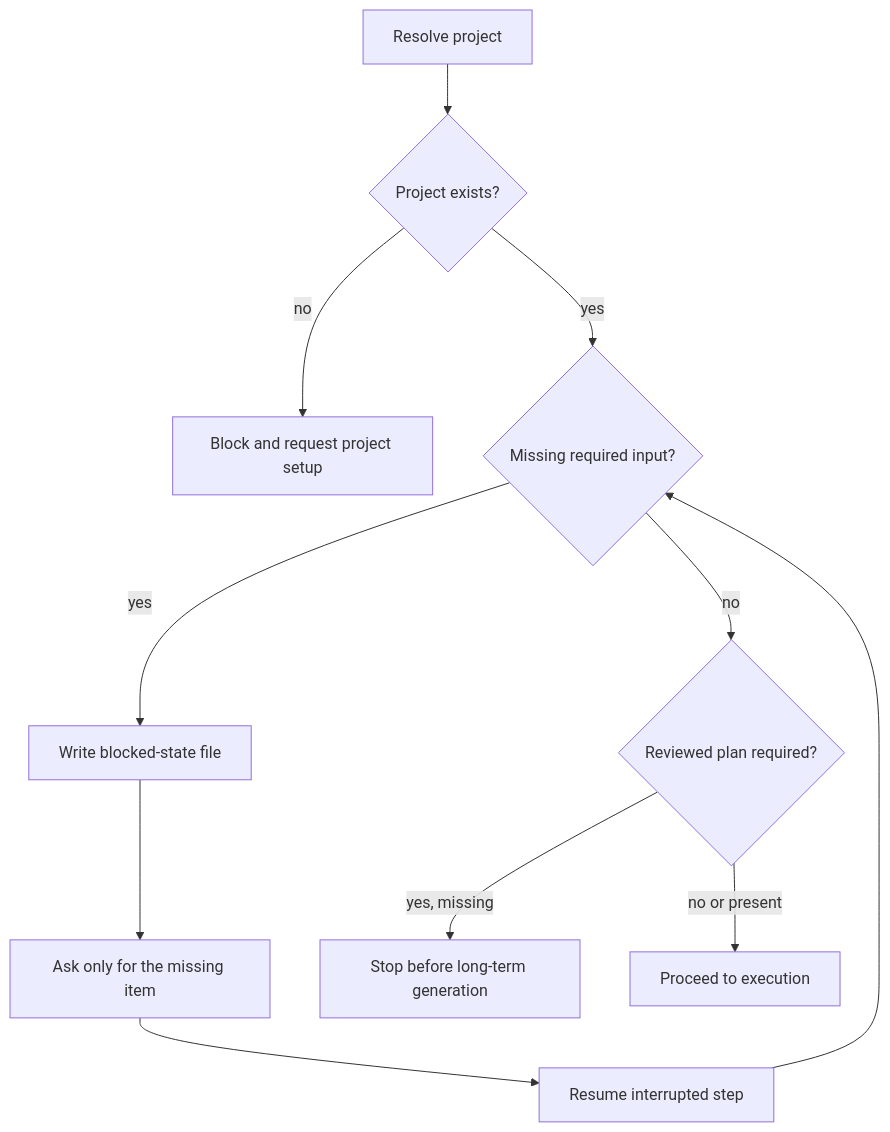
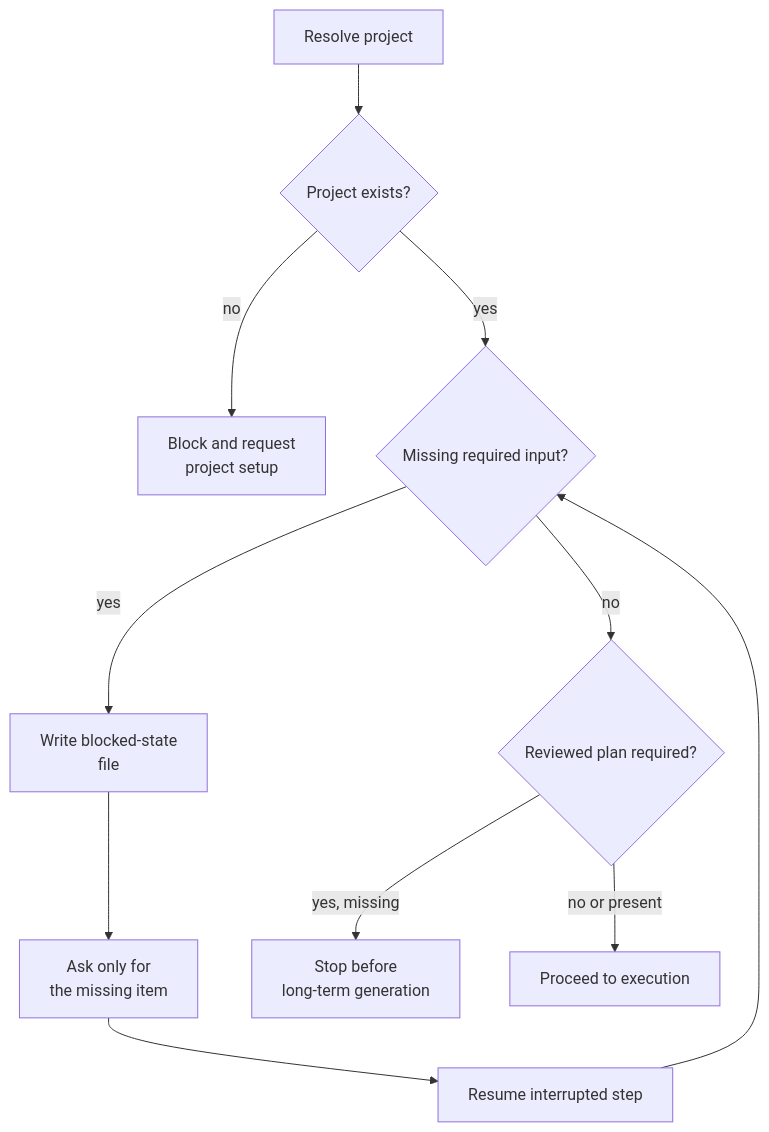
The second of 5 diagrams in docs/qa/ai-qc-workflow.md (Qin-BL/quality-platform), drawn with Mermaid before and after one commit. The commit also changed other lines of this file and 2 other files, not shown here.

Commit message:
Improve diagram readability

```diff
--- a/docs/qa/ai-qc-workflow.md
+++ b/docs/qa/ai-qc-workflow.md
@@ -45,13 +45,13 @@
 ::: mermaid
 graph TD
     A["Resolve project"] --> B{"Project exists?"}
-    B -->|no| C["Block and request project setup"]
+    B -->|no| C["Block and request<br/>project setup"]
     B -->|yes| D{"Missing required input?"}
-    D -->|yes| E["Write blocked-state file"]
-    E --> F["Ask only for the missing item"]
+    D -->|yes| E["Write blocked-state<br/>file"]
+    E --> F["Ask only for<br/>the missing item"]
     F --> G["Resume interrupted step"]
     G --> D
     D -->|no| H{"Reviewed plan required?"}
-    H -->|yes, missing| I["Stop before long-term generation"]
+    H -->|yes, missing| I["Stop before<br/>long-term generation"]
     H -->|no or present| J["Proceed to execution"]
 :::
```
